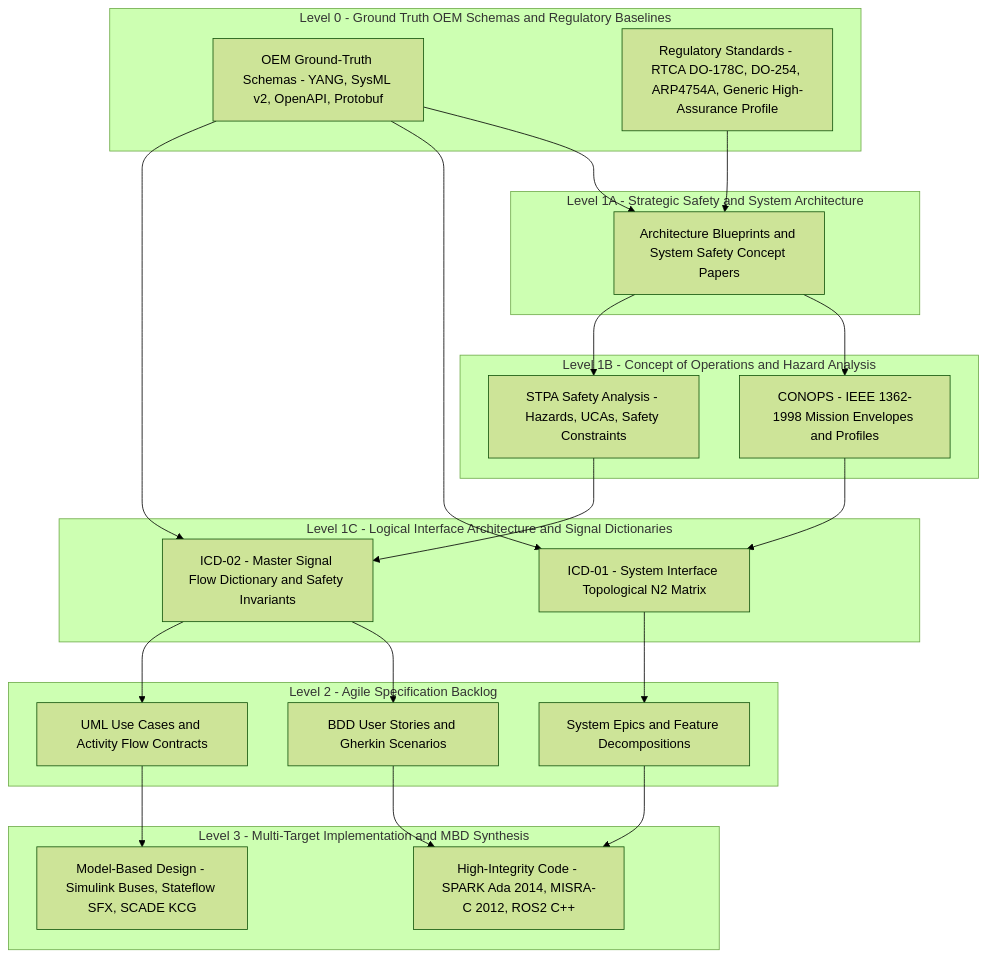
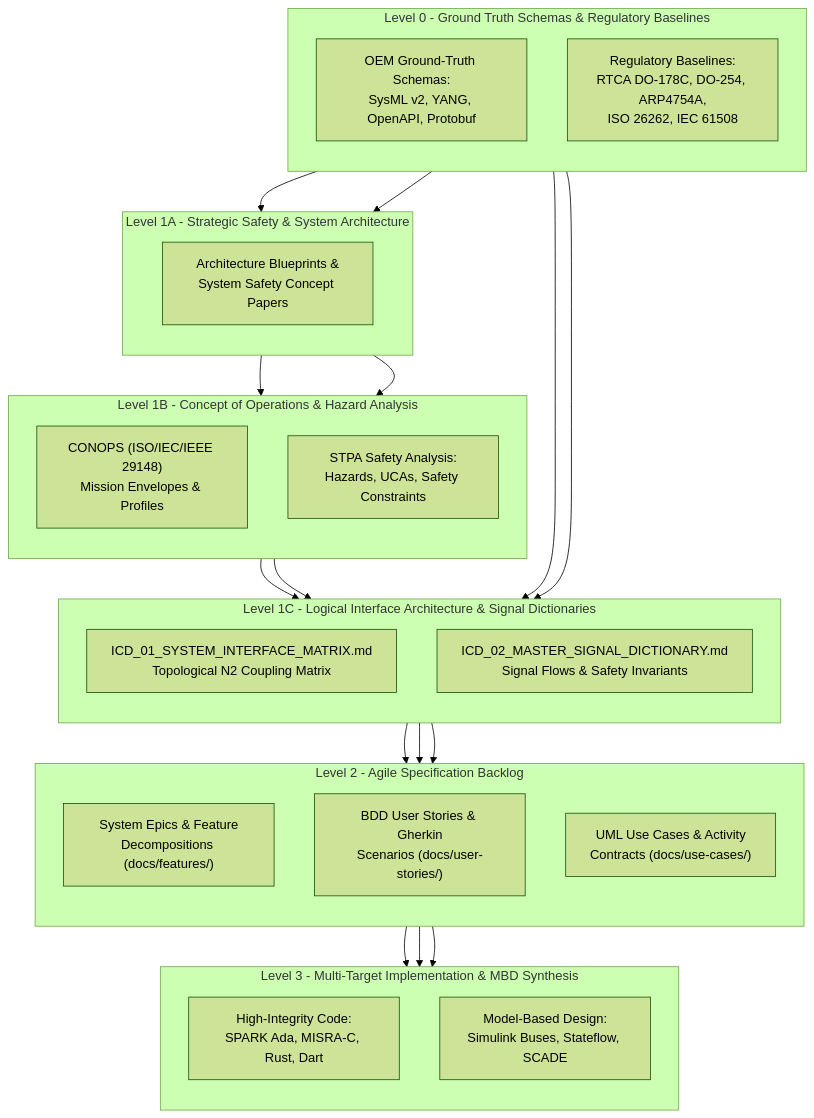
One commit to gintatkinson/DEAP01-spec-core changed the first of 5 diagrams in docs/architecture/blueprints/DEAP_LOGICAL_INTERFACE_SPECIFICATION_BLUEPRINT.md. Above: the diagram before and after it, drawn with Mermaid (forest theme). The commit also changed other lines of this file and 28 other files, not shown here.

````diff
--- a/docs/architecture/blueprints/DEAP_LOGICAL_INTERFACE_SPECIFICATION_BLUEPRINT.md
+++ b/docs/architecture/blueprints/DEAP_LOGICAL_INTERFACE_SPECIFICATION_BLUEPRINT.md
@@ -34,47 +34,53 @@
 ```mermaid
 flowchart TD
-    subgraph L0 ["Level 0 - Ground Truth OEM Schemas and Regulatory Baselines"]
-        L0_Schema["OEM Ground-Truth Schemas - YANG, SysML v2, OpenAPI, Protobuf"]
-        L0_Reg["Regulatory Standards - RTCA DO-178C, DO-254, ARP4754A, Generic High-Assurance Profile"]
+    subgraph L0 ["Level 0 - Ground Truth Schemas & Regulatory Baselines"]
+        direction TB
+        L0_Schema["OEM Ground-Truth Schemas:<br/>SysML v2, YANG, OpenAPI, Protobuf"]
+        L0_Reg["Regulatory Baselines:<br/>RTCA DO-178C, DO-254, ARP4754A,<br/>ISO 26262, IEC 61508"]
     end
 
-    subgraph L1A ["Level 1A - Strategic Safety and System Architecture"]
-        L1A_Blueprints["Architecture Blueprints and System Safety Concept Papers"]
+    subgraph L1A ["Level 1A - Strategic Safety & System Architecture"]
+        direction TB
+        L1A_Blueprints["Architecture Blueprints &<br/>System Safety Concept Papers"]
     end
 
-    subgraph L1B ["Level 1B - Concept of Operations and Hazard Analysis"]
-        L1B_CONOPS["CONOPS - IEEE 1362-1998 Mission Envelopes and Profiles"]
-        L1B_STPA["STPA Safety Analysis - Hazards, UCAs, Safety Constraints"]
+    subgraph L1B ["Level 1B - Concept of Operations & Hazard Analysis"]
+        direction TB
+        L1B_CONOPS["CONOPS (ISO/IEC/IEEE 29148)<br/>Mission Envelopes & Profiles"]
+        L1B_STPA["STPA Safety Analysis:<br/>Hazards, UCAs, Safety Constraints"]
     end
 
-    subgraph L1C ["Level 1C - Logical Interface Architecture and Signal Dictionaries"]
-        L1C_Matrix["ICD-01 - System Interface Topological N2 Matrix"]
-        L1C_Dict["ICD-02 - Master Signal Flow Dictionary and Safety Invariants"]
+    subgraph L1C ["Level 1C - Logical Interface Architecture & Signal Dictionaries"]
+        direction TB
+        L1C_Matrix["ICD_01_SYSTEM_INTERFACE_MATRIX.md<br/>Topological N2 Coupling Matrix"]
+        L1C_Dict["ICD_02_MASTER_SIGNAL_DICTIONARY.md<br/>Signal Flows & Safety Invariants"]
     end
 
     subgraph L2 ["Level 2 - Agile Specification Backlog"]
-        L2_Epics["System Epics and Feature Decompositions"]
-        L2_Stories["BDD User Stories and Gherkin Scenarios"]
-        L2_UseCases["UML Use Cases and Activity Flow Contracts"]
+        direction TB
+        L2_Epics["System Epics & Feature<br/>Decompositions (docs/features/)"]
+        L2_Stories["BDD User Stories & Gherkin<br/>Scenarios (docs/user-stories/)"]
+        L2_UseCases["UML Use Cases & Activity<br/>Contracts (docs/use-cases/)"]
     end
 
-    subgraph L3 ["Level 3 - Multi-Target Implementation and MBD Synthesis"]
-        L3_Code["High-Integrity Code - SPARK Ada 2014, MISRA-C 2012, ROS2 C++"]
-        L3_MBD["Model-Based Design - Simulink Buses, Stateflow SFX, SCADE KCG"]
+    subgraph L3 ["Level 3 - Multi-Target Implementation & MBD Synthesis"]
+        direction TB
+        L3_Code["High-Integrity Code:<br/>SPARK Ada, MISRA-C, Rust, Dart"]
+        L3_MBD["Model-Based Design:<br/>Simulink Buses, Stateflow, SCADE"]
     end
 
     L0_Schema --> L1A_Blueprints
     L0_Reg --> L1A_Blueprints
     L1A_Blueprints --> L1B_CONOPS
     L1A_Blueprints --> L1B_STPA
     L1B_CONOPS --> L1C_Matrix
     L1B_STPA --> L1C_Dict
     L0_Schema --> L1C_Matrix
     L0_Schema --> L1C_Dict
     L1C_Matrix --> L2_Epics
     L1C_Dict --> L2_Stories
     L1C_Dict --> L2_UseCases
     L2_Epics --> L3_Code
     L2_Stories --> L3_Code
     L2_UseCases --> L3_MBD
 ```
````
